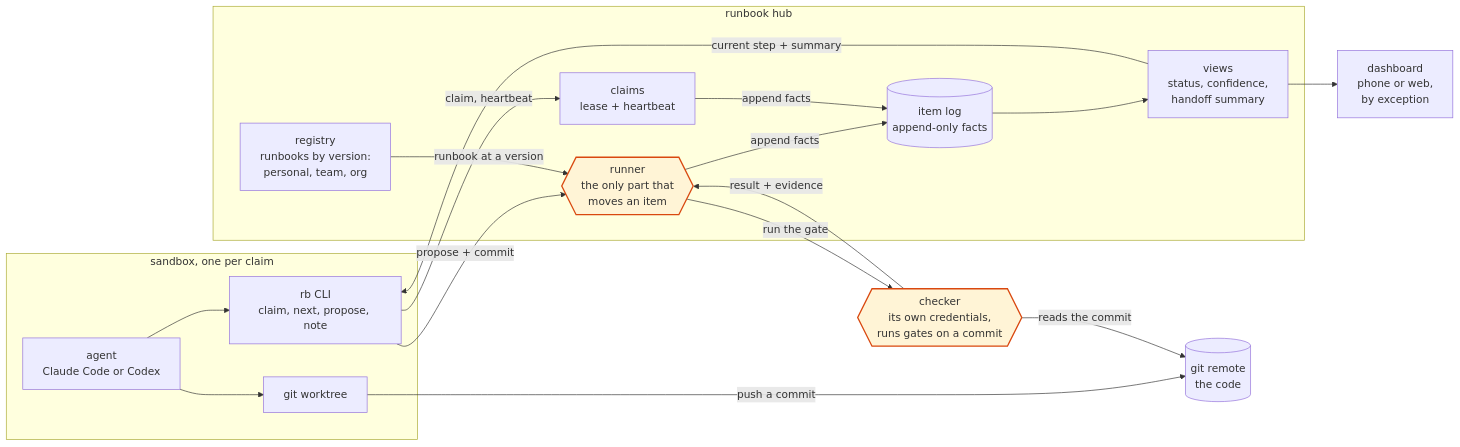
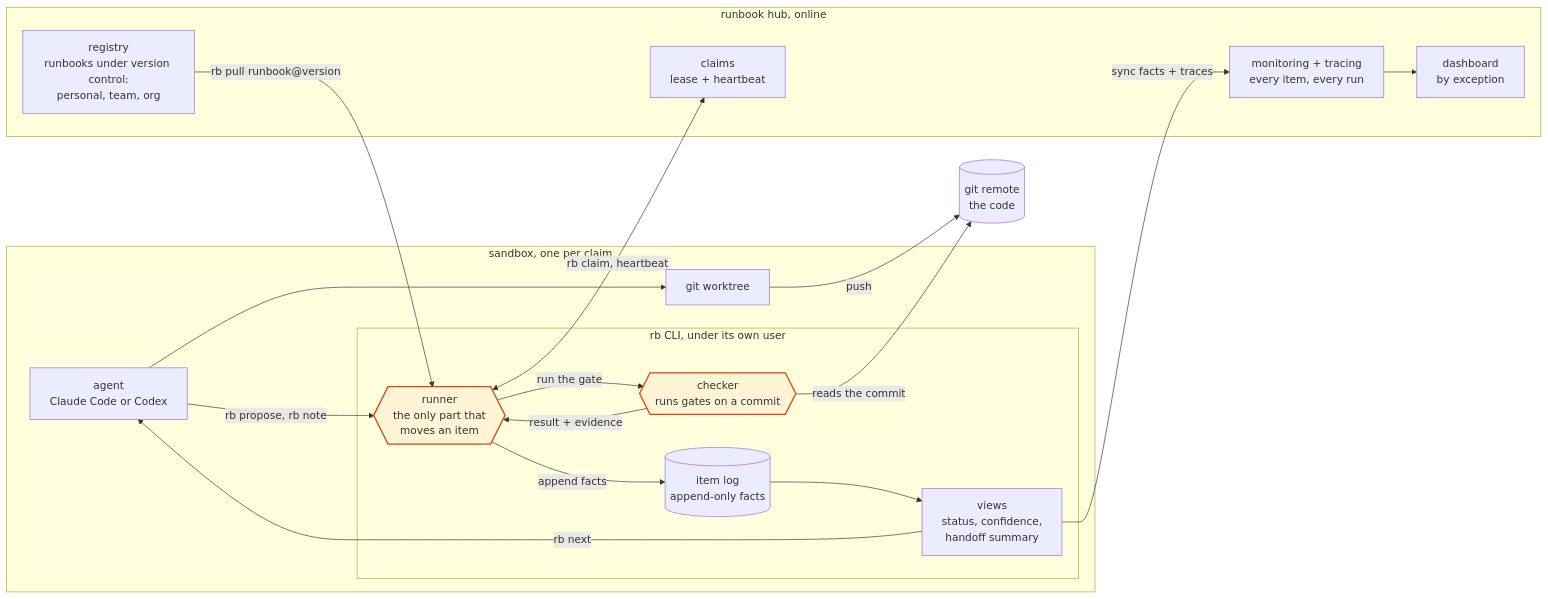
The first of 3 diagrams in src/content/blog/what_can_we_do_with_state.md (locchh/blogs), drawn with Mermaid before and after one commit. The commit also changed other lines of this file, not shown here.

First line of the commit message:
docs(blog): split the state design into a cli and a runbook hub

````diff
--- a/src/content/blog/what_can_we_do_with_state.md
+++ b/src/content/blog/what_can_we_do_with_state.md
@@ -80,34 +80,35 @@
 ```mermaid
 flowchart LR
   subgraph SB["sandbox, one per claim"]
     AG["agent<br/>Claude Code or Codex"]
-    CLI["rb CLI<br/>claim, next, propose, note"]
     WT["git worktree"]
+    subgraph CLI["rb CLI, under its own user"]
+      RUN{{"runner<br/>the only part that<br/>moves an item"}}
+      CHK{{"checker<br/>runs gates on a commit"}}
+      LOG[("item log<br/>append-only facts")]
+      VIEW["views<br/>status, confidence,<br/>handoff summary"]
+    end
   end
-  subgraph HUB["runbook hub"]
-    REG["registry<br/>runbooks by version:<br/>personal, team, org"]
-    RUN{{"runner<br/>the only part that<br/>moves an item"}}
+  subgraph HUB["runbook hub, online"]
+    REG["registry<br/>runbooks under version control:<br/>personal, team, org"]
     CLAIM["claims<br/>lease + heartbeat"]
-    LOG[("item log<br/>append-only facts")]
-    VIEW["views<br/>status, confidence,<br/>handoff summary"]
+    MON["monitoring + tracing<br/>every item, every run"]
+    DASH["dashboard<br/>by exception"]
   end
-  CHK{{"checker<br/>its own credentials,<br/>runs gates on a commit"}}
   GIT[("git remote<br/>the code")]
-  DASH["dashboard<br/>phone or web,<br/>by exception"]
-  AG --> CLI
+  AG -->|"rb propose, rb note"| RUN
   AG --> WT
-  WT -->|"push a commit"| GIT
-  CLI -->|"claim, heartbeat"| CLAIM
-  CLI -->|"propose + commit"| RUN
-  REG -->|"runbook at a version"| RUN
+  WT -->|"push"| GIT
   RUN -->|"run the gate"| CHK
   CHK -->|"reads the commit"| GIT
   CHK -->|"result + evidence"| RUN
   RUN -->|"append facts"| LOG
-  CLAIM -->|"append facts"| LOG
   LOG --> VIEW
-  VIEW -->|"current step + summary"| CLI
-  VIEW --> DASH
+  VIEW -->|"rb next"| AG
+  REG -->|"rb pull runbook@version"| RUN
+  RUN <-->|"rb claim, heartbeat"| CLAIM
+  VIEW -->|"sync facts + traces"| MON
+  MON --> DASH
   class RUN,CHK check
   classDef check fill:#fff4d6,stroke:#d9480f,stroke-width:2px
 ```
````
